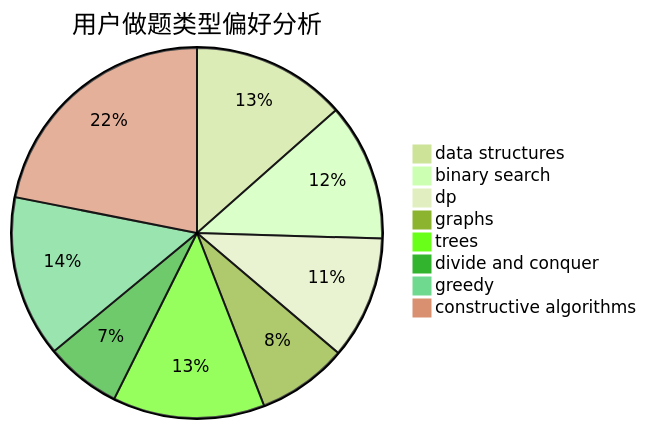
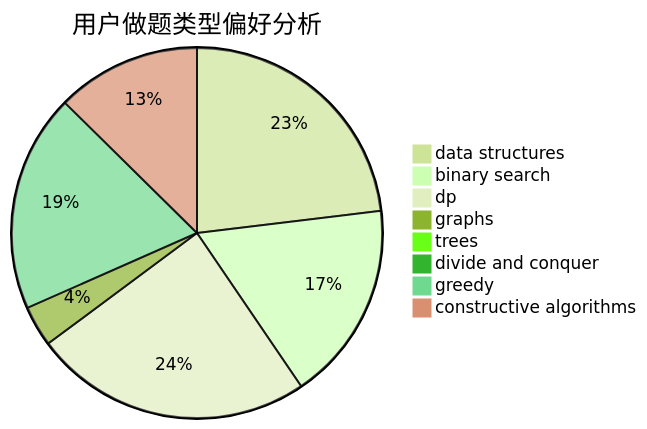
The second of 3 diagrams in docs/user/u2198.md (sherpahu/cfrs.github.io), drawn with Mermaid (forest theme) before and after one commit. The commit also changed other lines of this file and 2770 other files, not shown here.

````diff
--- a/docs/user/u2198.md
+++ b/docs/user/u2198.md
@@ -23,11 +23,11 @@
 ```mermaid
 pie title 用户做题类型偏好分析
-    "data structures" :  128
-    "binary search" :  114
-    "dp" :  102
-    "graphs" :  75
-    "trees" :  126
-    "divide and conquer" :  63
-    "greedy" :  134
-    "constructive algorithms" :  208
+    "data structures" :  130
+    "binary search" :  98
+    "dp" :  137
+    "graphs" :  20
+    "trees" :  5
+    "divide and conquer" :  0
+    "greedy" :  107
+    "constructive algorithms" :  71
 ```
````
